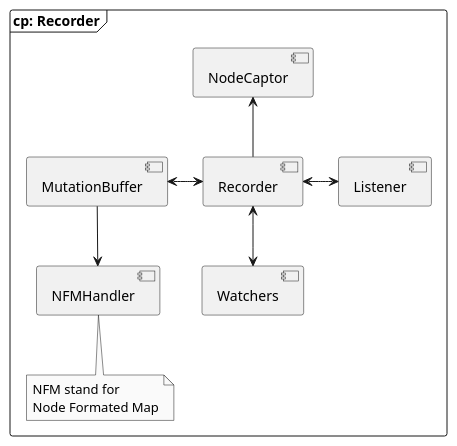
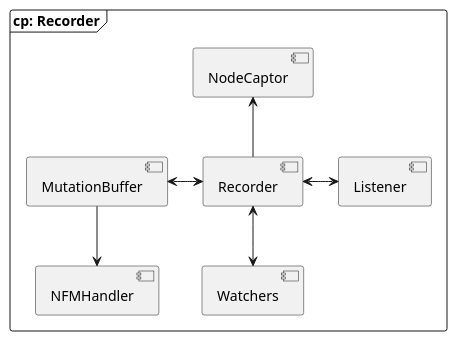
Before and after one commit to SSMM0498/arkad-conception: the diagram in models/6.Component/1.recorder.puml, drawn with PlantUML. The commit also changed 5 other files, not shown here.

Commit message:
add the architecture schema picture detail the 'why not a live mode' section

```diff
--- a/models/6.Component/1.recorder.puml
+++ b/models/6.Component/1.recorder.puml
@@ -1,29 +1,12 @@
 @startuml "recorder component diagram"
 skinparam shadowing false
 skinparam monochrome true
 
 frame "cp: Recorder" {
     [Recorder] <-down-> [Watchers]
     [Recorder] <-right-> [Listener]
     [Recorder] -up-> [NodeCaptor]
     [Recorder] <-left-> [MutationBuffer]
     [MutationBuffer] -down-> [NFMHandler]
-
-    note bottom of [NFMHandler]
-        NFM stand for
-        Node Formated Map
-    end note
-
-    ' watchers - [Watcher]
-    ' mirror - [Utils]
-    ' nodeCaptor - [Captor]
-    ' typesCaptor - [Captor]
-    ' typesRecorder - [Recorder]
-    ' [Watcher] --( mirror
-    ' [Recorder] --( mirror
-    ' [Recorder] -right-( nodeCaptor
-    ' [Watcher] --( typesCaptor
-    ' [Watcher] -down-( typesRecorder
-    ' [Watcher] --( mutationBuffer
 }
 @enduml
```
